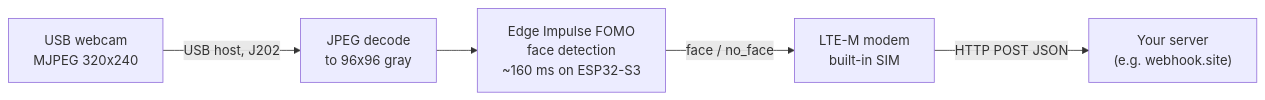
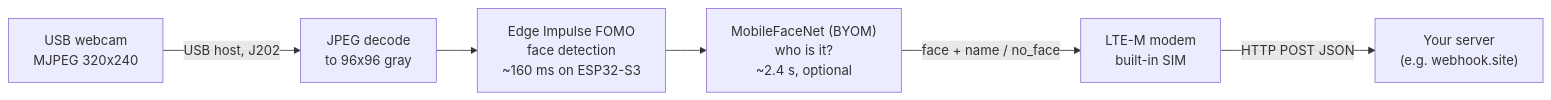
One commit to mferuscomelo/f1-facial-recognition changed the diagram in README.md. Above: the diagram before and after it, drawn with Mermaid. The commit also changed other lines of this file and 9 other files, not shown here.

````diff
--- a/README.md
+++ b/README.md
@@ -12,7 +12,8 @@
 ```mermaid
 flowchart LR
     cam["USB webcam<br/>MJPEG 320x240"] -->|USB host, J202| dec["JPEG decode<br/>to 96x96 gray"]
     dec --> ai["Edge Impulse FOMO<br/>face detection<br/>~160 ms on ESP32-S3"]
-    ai -->|"face / no_face"| lte["LTE-M modem<br/>built-in SIM"]
+    ai --> id["MobileFaceNet (BYOM)<br/>who is it?<br/>~2.4 s, optional"]
+    id -->|"face + name / no_face"| lte["LTE-M modem<br/>built-in SIM"]
     lte -->|HTTP POST JSON| cloud["Your server<br/>(e.g. webhook.site)"]
 ```
````
